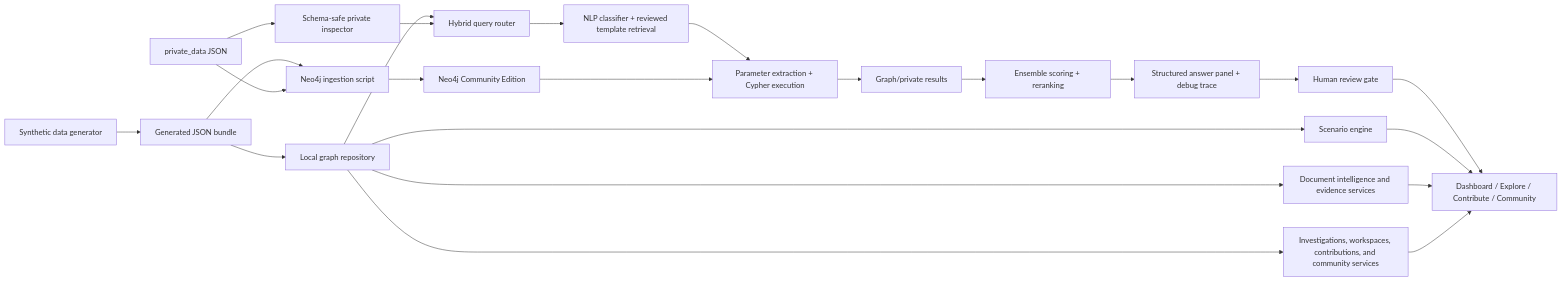
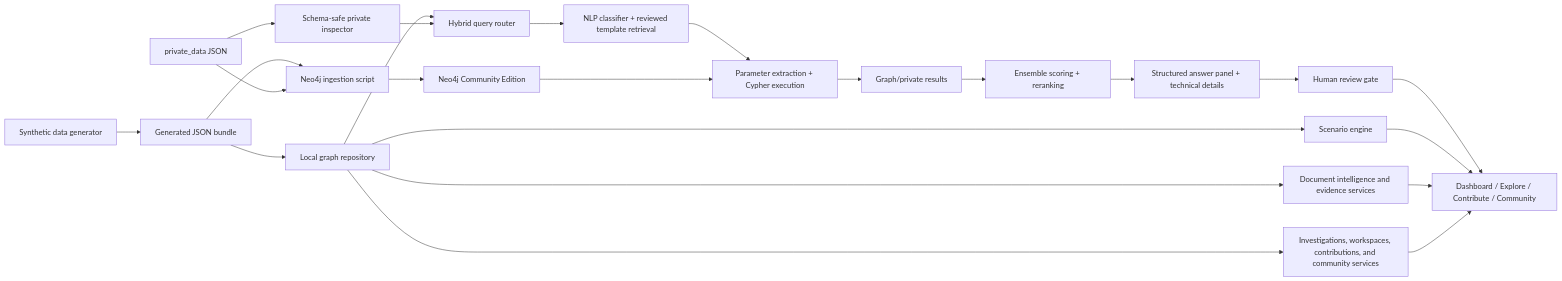
The diagram in README.md (Whauv/PackGraph-Lab), drawn with Mermaid before and after one commit. The commit also changed other lines of this file and 28 other files, not shown here.

````diff
--- a/README.md
+++ b/README.md
@@ -149,25 +149,25 @@
 ```mermaid
 flowchart LR
     A["Synthetic data generator"] --> B["Generated JSON bundle"]
     P["private_data JSON"] --> Q["Schema-safe private inspector"]
     B --> C["Local graph repository"]
     B --> D["Neo4j ingestion script"]
     P --> D
     D --> E["Neo4j Community Edition"]
     C --> F["Hybrid query router"]
     Q --> F
     F --> G["NLP classifier + reviewed template retrieval"]
     G --> H["Parameter extraction + Cypher execution"]
     H --> I["Graph/private results"]
     I --> J["Ensemble scoring + reranking"]
-    J --> K["Structured answer panel + debug trace"]
+    J --> K["Structured answer panel + technical details"]
     K --> L["Human review gate"]
     C --> M["Scenario engine"]
     C --> N["Document intelligence and evidence services"]
     C --> O["Investigations, workspaces, contributions, and community services"]
     L --> R["Dashboard / Explore / Contribute / Community"]
     M --> R
     N --> R
     O --> R
     E --> H
 ```
````
